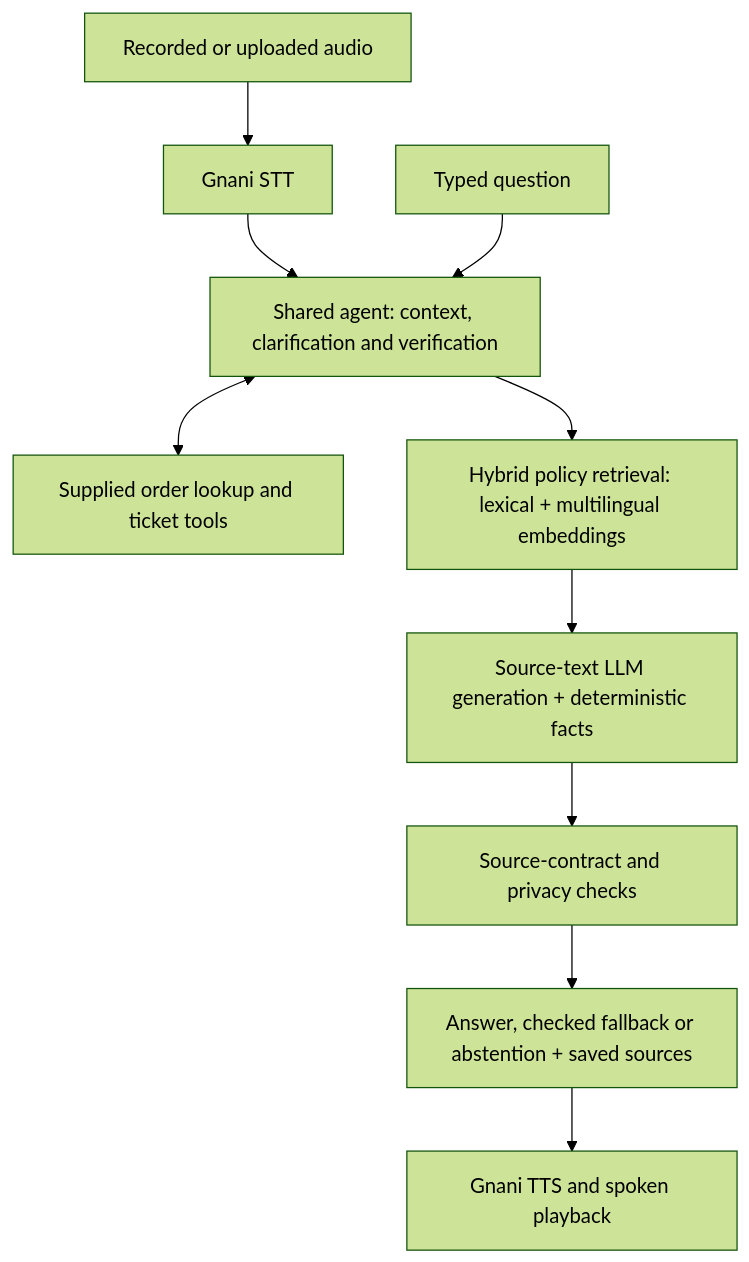
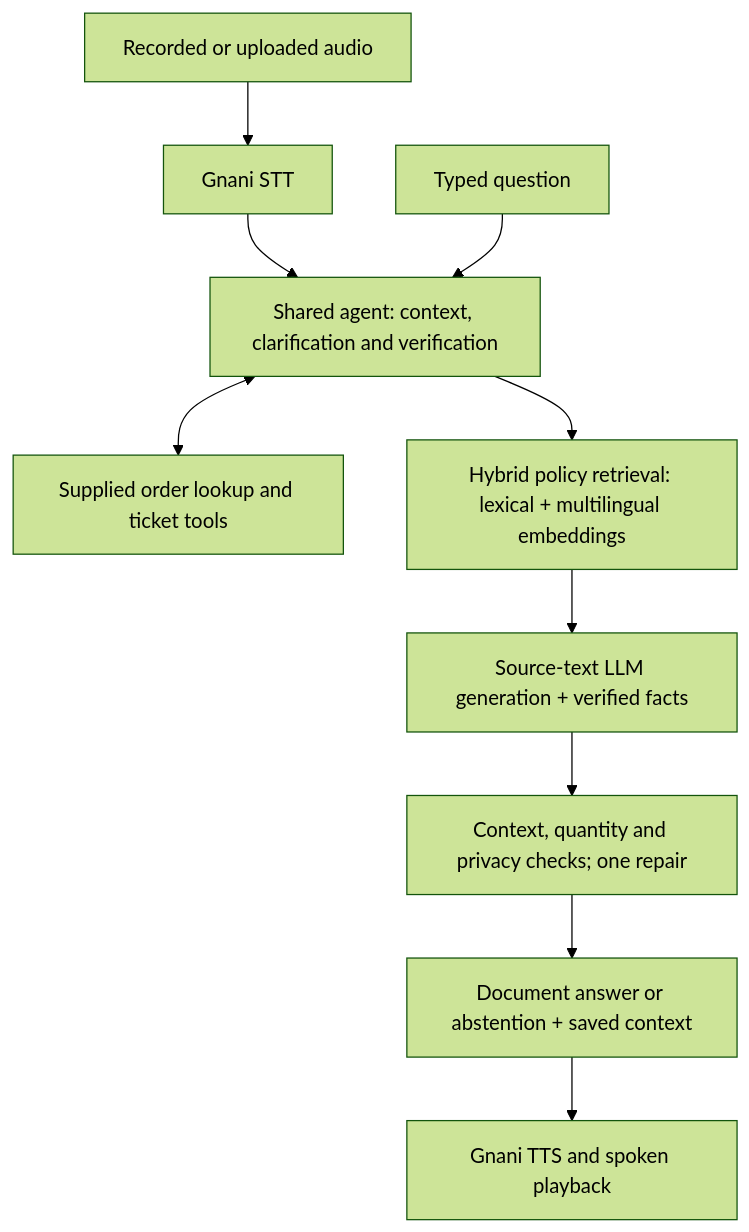
One commit to Pranay207/Resolvox changed the diagram in README.md. Above: the diagram before and after it, drawn with Mermaid (forest theme). The commit also changed other lines of this file and 5 other files, not shown here.

Commit message:
docs: document source-only generation and honest validation boundaries

````diff
--- a/README.md
+++ b/README.md
@@ -156,12 +156,12 @@
 ```mermaid
 flowchart TD
     Audio["Recorded or uploaded audio"] --> STT["Gnani STT"]
     STT --> Agent["Shared agent: context, clarification and verification"]
     Text["Typed question"] --> Agent
     Agent <--> Tools["Supplied order lookup and ticket tools"]
     Agent --> Search["Hybrid policy retrieval: lexical + multilingual embeddings"]
-    Search --> Answer["Source-text LLM generation + deterministic facts"]
-    Answer --> Check["Source-contract and privacy checks"]
-    Check --> Reply["Answer, checked fallback or abstention + saved sources"]
+    Search --> Answer["Source-text LLM generation + verified facts"]
+    Answer --> Check["Context, quantity and privacy checks; one repair"]
+    Check --> Reply["Document answer or abstention + saved context"]
     Reply --> TTS["Gnani TTS and spoken playback"]
 ```
````
